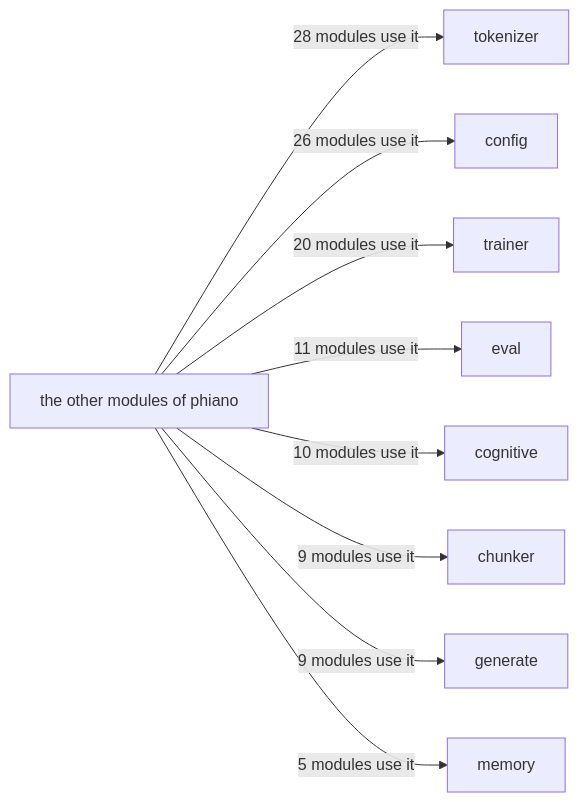
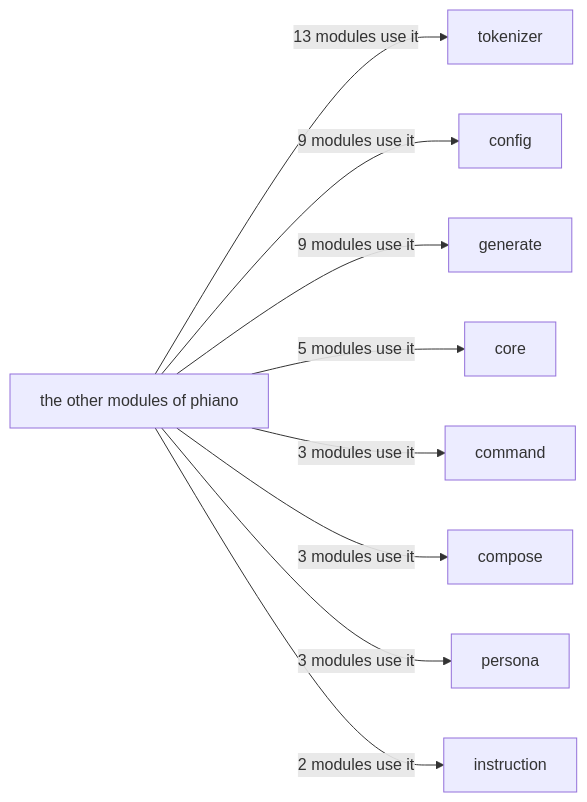
The third of 3 diagrams in ARCHITECTURE.md (gemphi/phiano), drawn with Mermaid before and after one commit. The commit also changed other lines of this file and 319 other files, not shown here.

````diff
--- a/ARCHITECTURE.md
+++ b/ARCHITECTURE.md
@@ -90,20 +65,20 @@
 ```mermaid
 graph LR
     ALL["the other modules of phiano"]
     m_tokenizer["tokenizer"]
-    ALL -->|"28 modules use it"| m_tokenizer
+    ALL -->|"13 modules use it"| m_tokenizer
     m_config["config"]
-    ALL -->|"26 modules use it"| m_config
-    m_trainer["trainer"]
-    ALL -->|"20 modules use it"| m_trainer
-    m_eval["eval"]
-    ALL -->|"11 modules use it"| m_eval
-    m_cognitive["cognitive"]
-    ALL -->|"10 modules use it"| m_cognitive
-    m_chunker["chunker"]
-    ALL -->|"9 modules use it"| m_chunker
+    ALL -->|"9 modules use it"| m_config
     m_generate["generate"]
     ALL -->|"9 modules use it"| m_generate
-    m_memory["memory"]
-    ALL -->|"5 modules use it"| m_memory
+    m_core["core"]
+    ALL -->|"5 modules use it"| m_core
+    m_command["command"]
+    ALL -->|"3 modules use it"| m_command
+    m_compose["compose"]
+    ALL -->|"3 modules use it"| m_compose
+    m_persona["persona"]
+    ALL -->|"3 modules use it"| m_persona
+    m_instruction["instruction"]
+    ALL -->|"2 modules use it"| m_instruction
 ```
````
